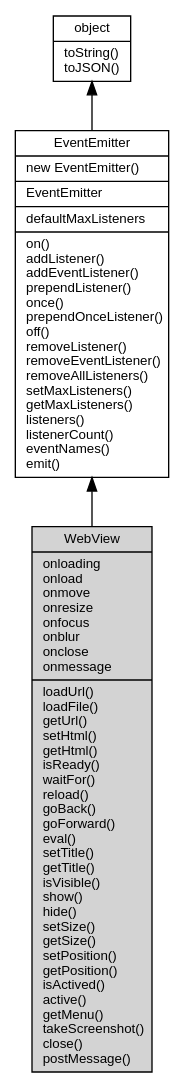
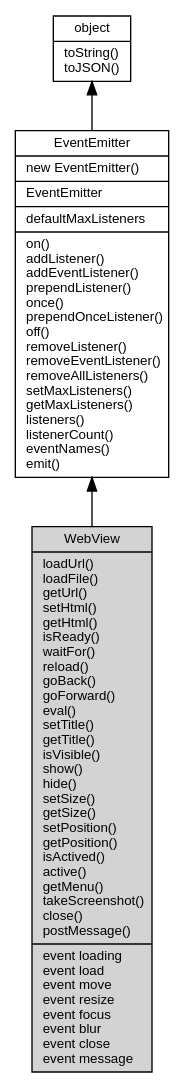
One commit to fibjs/fibjs.org changed the diagram in docs/manual/object/ifs/WebView.md. Above: the diagram before and after it, drawn with Graphviz. The commit also changed other lines of this file and 63 other files, not shown here.

````diff
--- a/docs/manual/object/ifs/WebView.md
+++ b/docs/manual/object/ifs/WebView.md
@@ -85,12 +85,12 @@
 ```dot
 digraph {
     node [fontname="Helvetica,sans-Serif", fontsize=10, shape="record", style="filled", fillcolor="white"];
 
     object [tooltip="object", URL="object.md", label="{object|toString()\ltoJSON()\l}"];
     EventEmitter [tooltip="EventEmitter", URL="EventEmitter.md", label="{EventEmitter|new EventEmitter()\l|EventEmitter\l|defaultMaxListeners\l|on()\laddListener()\laddEventListener()\lprependListener()\lonce()\lprependOnceListener()\loff()\lremoveListener()\lremoveEventListener()\lremoveAllListeners()\lsetMaxListeners()\lgetMaxListeners()\llisteners()\llistenerCount()\leventNames()\lemit()\l}"];
-    WebView [tooltip="WebView", fillcolor="lightgray", id="me", label="{WebView|onloading\lonload\lonmove\lonresize\lonfocus\lonblur\lonclose\lonmessage\l|loadUrl()\lloadFile()\lgetUrl()\lsetHtml()\lgetHtml()\lisReady()\lwaitFor()\lreload()\lgoBack()\lgoForward()\leval()\lsetTitle()\lgetTitle()\lisVisible()\lshow()\lhide()\lsetSize()\lgetSize()\lsetPosition()\lgetPosition()\lisActived()\lactive()\lgetMenu()\ltakeScreenshot()\lclose()\lpostMessage()\l}"];
+    WebView [tooltip="WebView", fillcolor="lightgray", id="me", label="{WebView|loadUrl()\lloadFile()\lgetUrl()\lsetHtml()\lgetHtml()\lisReady()\lwaitFor()\lreload()\lgoBack()\lgoForward()\leval()\lsetTitle()\lgetTitle()\lisVisible()\lshow()\lhide()\lsetSize()\lgetSize()\lsetPosition()\lgetPosition()\lisActived()\lactive()\lgetMenu()\ltakeScreenshot()\lclose()\lpostMessage()\l|event loading\levent load\levent move\levent resize\levent focus\levent blur\levent close\levent message\l}"];
 
     object -> EventEmitter [dir=back];
     EventEmitter -> WebView [dir=back];
 }
 ```
````
